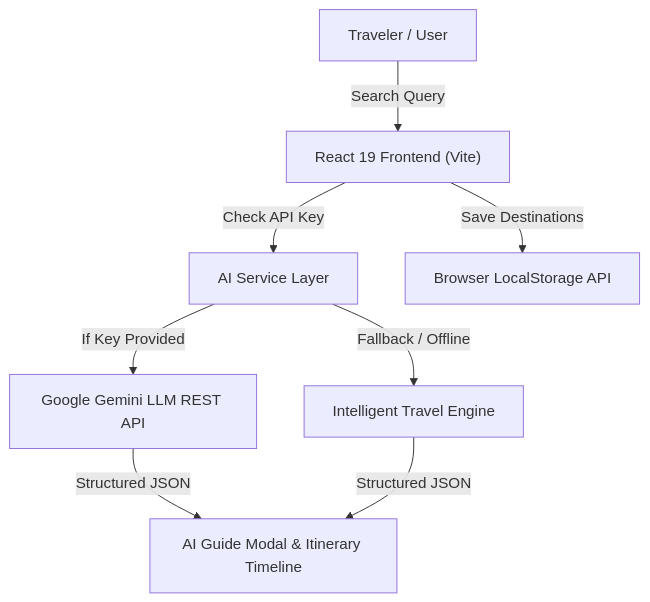
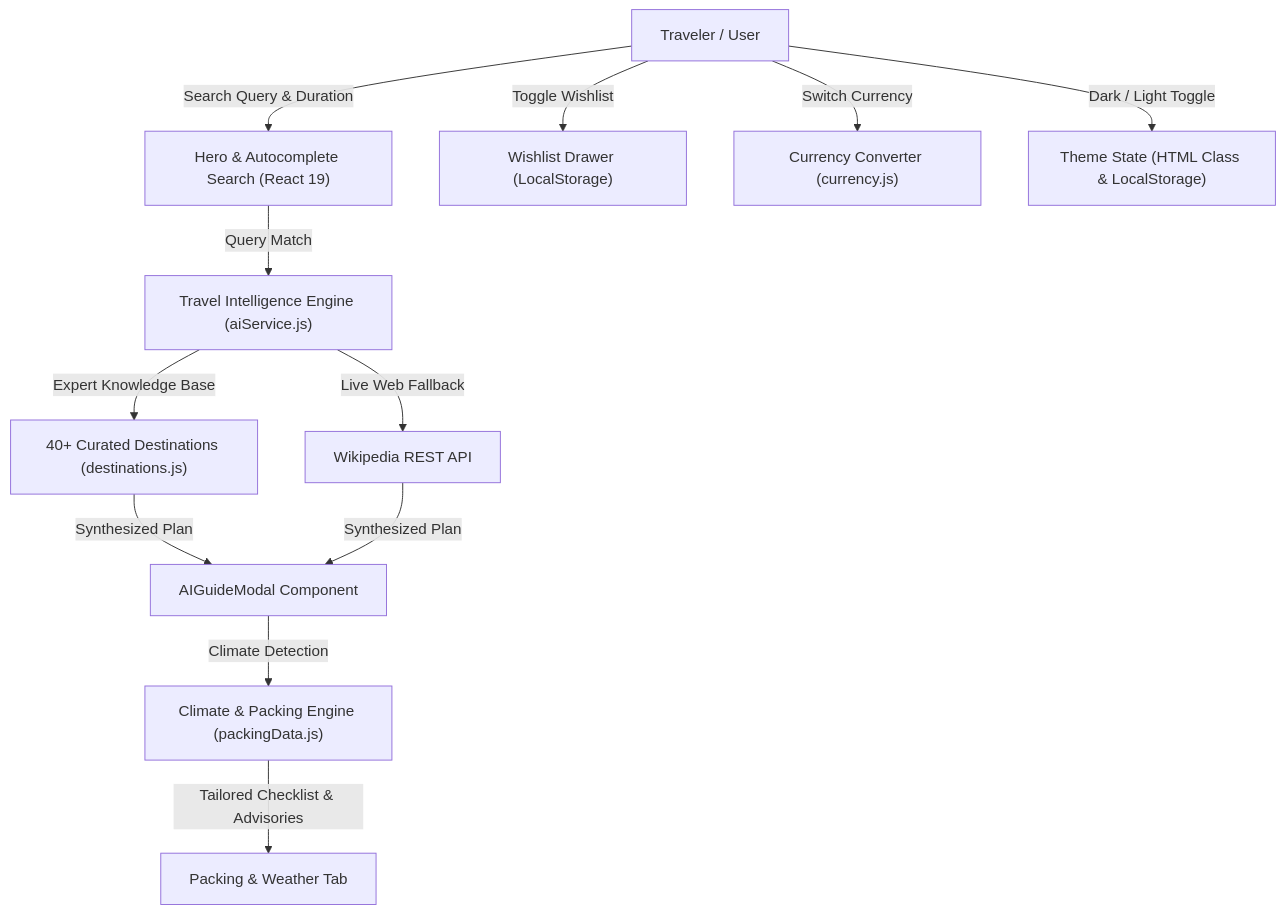
One commit to Taufique-Hossain/wander-ai changed the diagram in README.md. Above: the diagram before and after it, drawn with Mermaid. The commit also changed other lines of this file and 8 other files, not shown here.

````diff
--- a/README.md
+++ b/README.md
@@ -26,10 +34,17 @@
 ```mermaid
 flowchart TD
-    User["Traveler / User"] -->|Search Query| ReactUI["React 19 Frontend (Vite)"]
-    ReactUI -->|Check API Key| AIService["AI Service Layer"]
-    AIService -->|If Key Provided| GeminiAPI["Google Gemini LLM REST API"]
-    AIService -->|Fallback / Offline| LocalEngine["Intelligent Travel Engine"]
-    GeminiAPI -->|Structured JSON| Modal["AI Guide Modal & Itinerary Timeline"]
-    LocalEngine -->|Structured JSON| Modal
-    ReactUI -->|Save Destinations| LocalStorage["Browser LocalStorage API"]
+    User["Traveler / User"] -->|Search Query & Duration| HeroUI["Hero & Autocomplete Search (React 19)"]
+    HeroUI -->|Query Match| Engine["Travel Intelligence Engine (aiService.js)"]
+    Engine -->|Expert Knowledge Base| DataStore["40+ Curated Destinations (destinations.js)"]
+    Engine -->|Live Web Fallback| WikiAPI["Wikipedia REST API"]
+    
+    DataStore -->|Synthesized Plan| Modal["AIGuideModal Component"]
+    WikiAPI -->|Synthesized Plan| Modal
+    
+    Modal -->|Climate Detection| PackingEngine["Climate & Packing Engine (packingData.js)"]
+    PackingEngine -->|Tailored Checklist & Advisories| PackingTab["Packing & Weather Tab"]
+    
+    User -->|Toggle Wishlist| WishlistDrawer["Wishlist Drawer (LocalStorage)"]
+    User -->|Switch Currency| CurrencyUtil["Currency Converter (currency.js)"]
+    User -->|Dark / Light Toggle| ThemeState["Theme State (HTML Class & LocalStorage)"]
 ```
````
